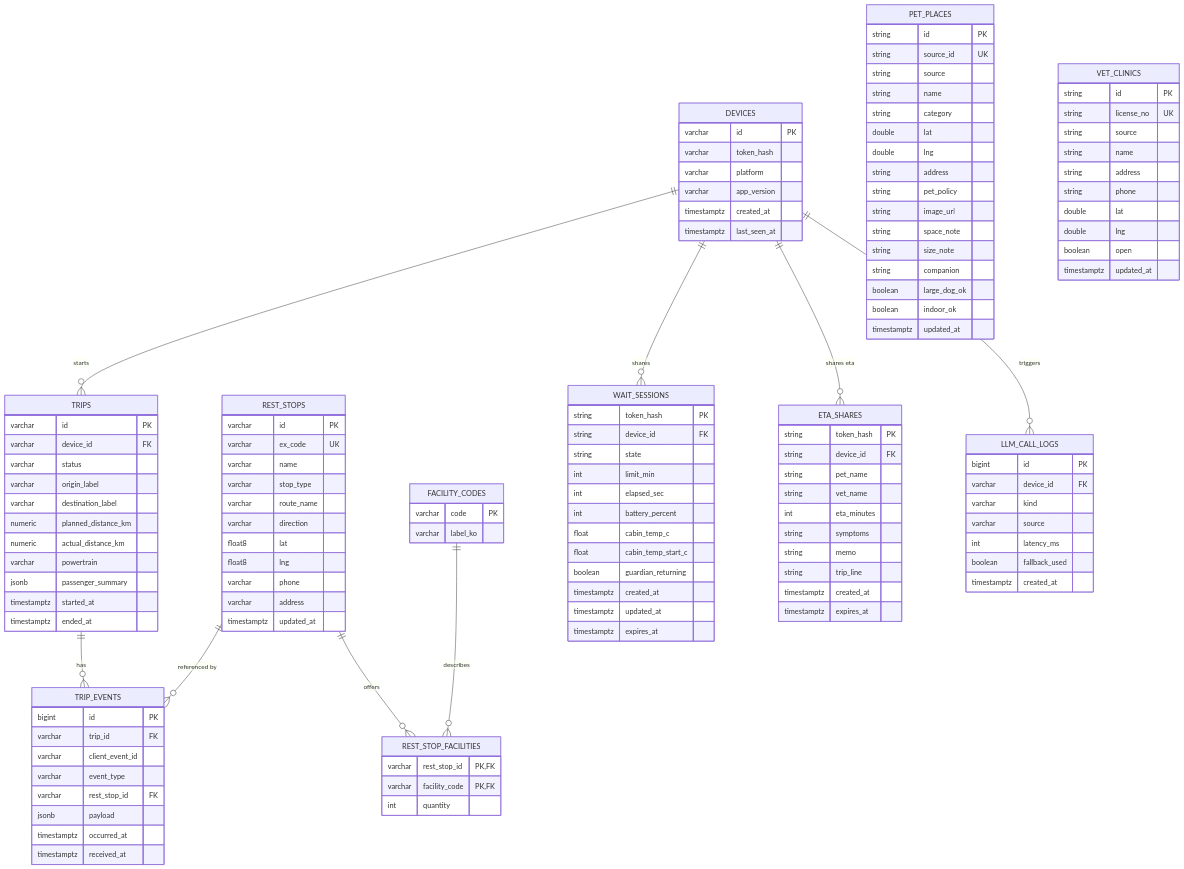
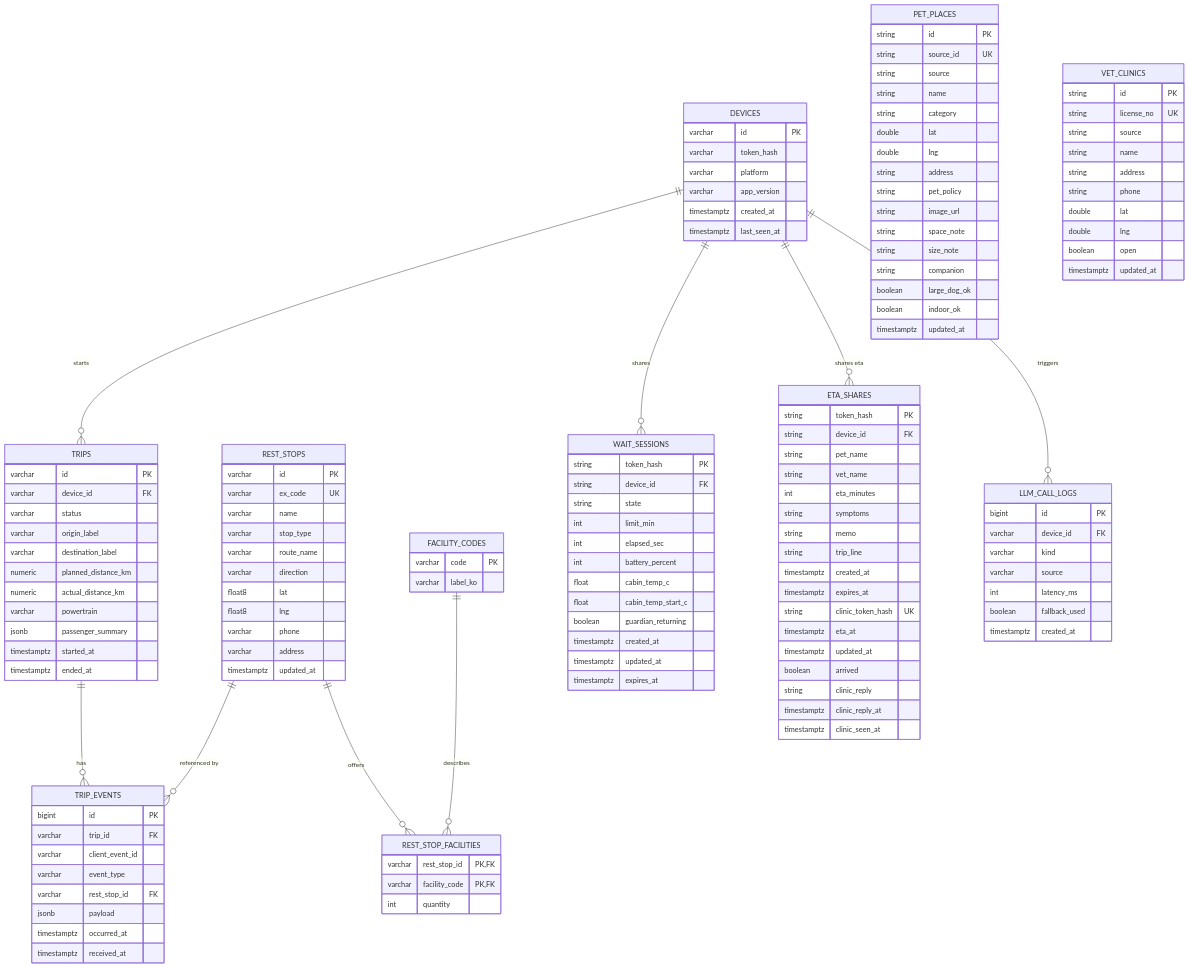
One commit to xuxtaku7610-del/every-moment-of-pause changed the first of 2 diagrams in database.md. Above: the diagram before and after it, drawn with Mermaid. The commit also changed other lines of this file and 51 other files, not shown here.

````diff
--- a/database.md
+++ b/database.md
@@ -134,5 +134,12 @@
         string trip_line
         timestamptz created_at
         timestamptz expires_at
+        string clinic_token_hash UK
+        timestamptz eta_at
+        timestamptz updated_at
+        boolean arrived
+        string clinic_reply
+        timestamptz clinic_reply_at
+        timestamptz clinic_seen_at
     }
 ```
````
